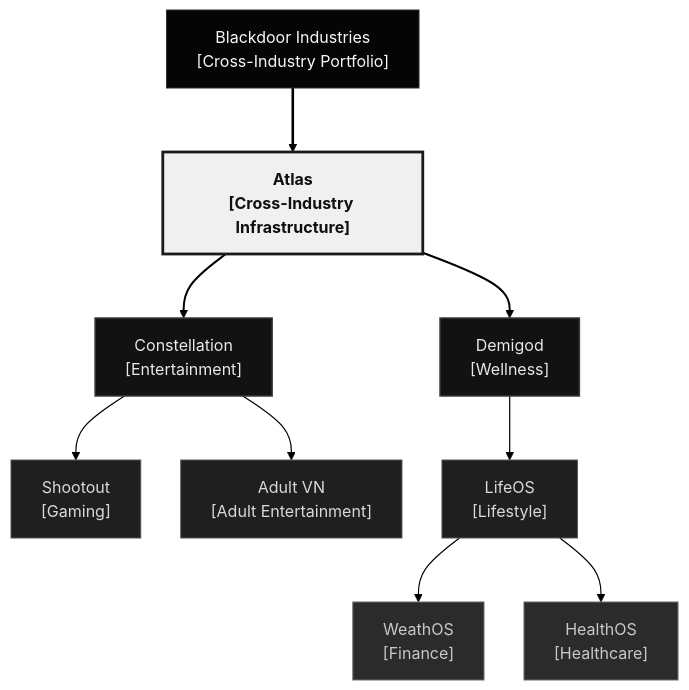
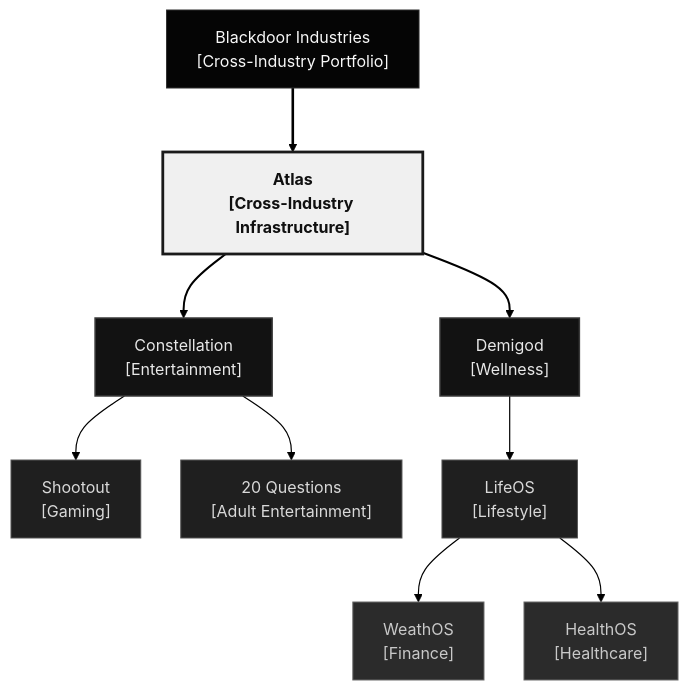
Before and after one commit to Blackdoor-Industries/.github: the first of 2 diagrams in profile/README.md, drawn with Mermaid. The commit also changed other lines of this file, not shown here.

Commit message:
Rename Adult VN to 20 Questions in org profile

````diff
--- a/profile/README.md
+++ b/profile/README.md
@@ -41,48 +41,48 @@
 ```mermaid
 %%{init: {
   "theme": "base",
   "flowchart": {
     "curve": "basis",
     "nodeSpacing": 40,
     "rankSpacing": 64
   },
   "themeVariables": {
     "fontFamily": "system-ui, -apple-system, Segoe UI, sans-serif",
     "lineColor": "#000000",
     "textColor": "#eaeaea",
     "primaryColor": "#181818",
     "primaryBorderColor": "#454545",
     "tertiaryColor": "#121212",
     "background": "#ffffff"
   }
 }}%%
 flowchart TB
     BD["Blackdoor Industries<br/>[Cross-Industry Portfolio]"]:::holding
     ATLAS["Atlas<br/>[Cross-Industry Infrastructure]"]:::atlas
     CONST["Constellation<br/>[Entertainment]"]:::subsidiary
     DEMI["Demigod<br/>[Wellness]"]:::subsidiary
     SHOOT["Shootout<br/>[Gaming]"]:::product
-    VN["Adult VN<br/>[Adult Entertainment]"]:::product
+    VN["20 Questions<br/>[Adult Entertainment]"]:::product
     LIFE["LifeOS<br/>[Lifestyle]"]:::product
     WEATH["WeathOS<br/>[Finance]"]:::module
     HEALTH["HealthOS<br/>[Healthcare]"]:::module
 
     BD ==> ATLAS
     ATLAS ==> CONST
     ATLAS ==> DEMI
     CONST --> SHOOT
     CONST --> VN
     DEMI --> LIFE
     LIFE --> WEATH
     LIFE --> HEALTH
 
     classDef holding fill:#050505,stroke:#2f2f2f,stroke-width:1px,color:#f8f8f8
     classDef atlas fill:#f0f0f0,stroke:#1a1a1a,stroke-width:2.8px,color:#101010,font-weight:700
     classDef subsidiary fill:#121212,stroke:#3a3a3a,stroke-width:1.5px,color:#e8e8e8
     classDef product fill:#1f1f1f,stroke:#555555,stroke-width:1px,color:#d9d9d9
     classDef module fill:#2b2b2b,stroke:#6a6a6a,stroke-width:1px,color:#c9c9c9
 
     linkStyle 0 stroke:#000000,stroke-width:2.6px
     linkStyle 1,2 stroke:#000000,stroke-width:2px
     linkStyle 3,4,5,6,7 stroke:#000000,stroke-width:1.2px
 ```
````
